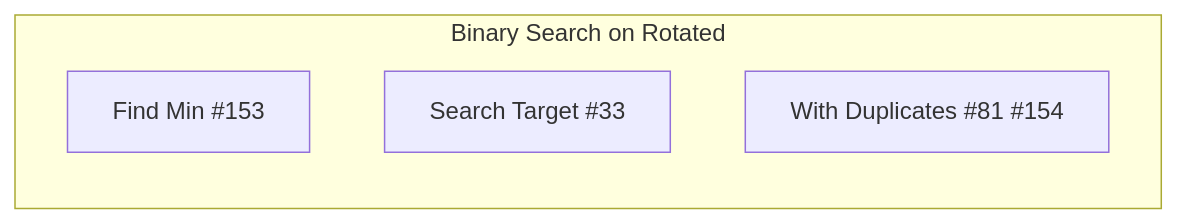
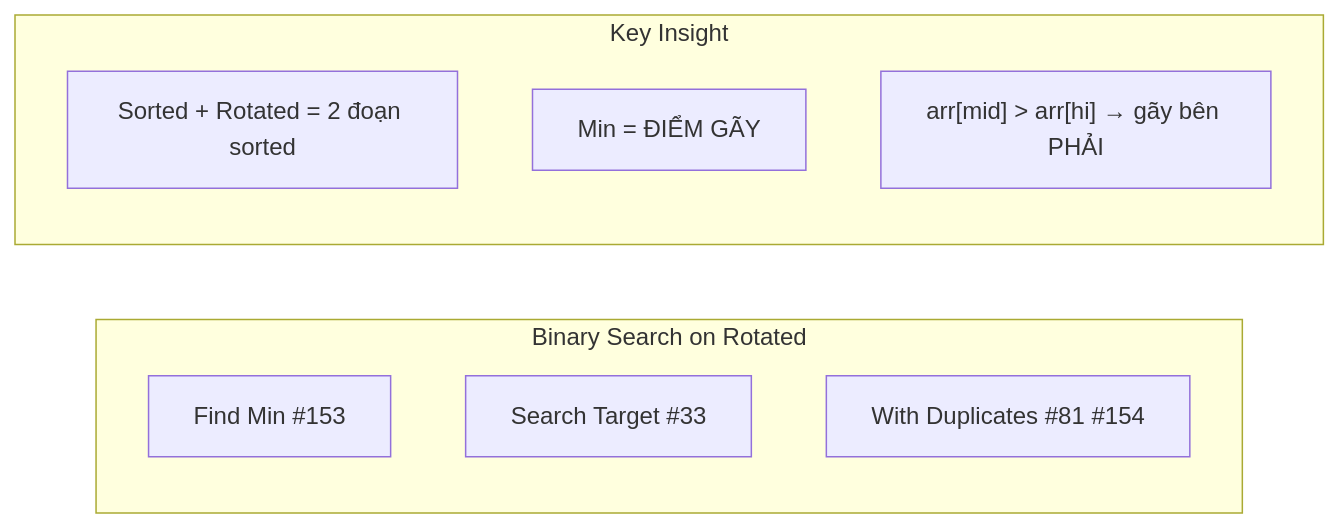
The second of 8 diagrams in algo-pratice/array/medium/Min in Sorted Rotated.md (delta94e/MD-front-end), drawn with Mermaid before and after one commit. The commit also changed other lines of this file and 67 other files, not shown here.

````diff
--- a/algo-pratice/array/medium/Min in Sorted Rotated.md
+++ b/algo-pratice/array/medium/Min in Sorted Rotated.md
@@ -23,8 +23,14 @@
 ```mermaid
 graph LR
     subgraph "Binary Search on Rotated"
         B1["Find Min #153"]
         B2["Search Target #33"]
         B3["With Duplicates #81 #154"]
     end
+
+    subgraph "Key Insight"
+        K1["Sorted + Rotated = 2 đoạn sorted"]
+        K2["Min = ĐIỂM GÃY"]
+        K3["arr[mid] > arr[hi] → gãy bên PHẢI"]
+    end
 ```
````
